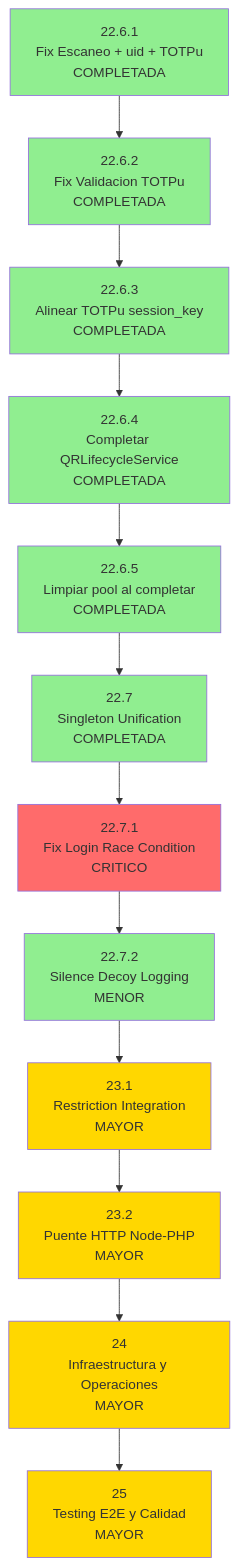
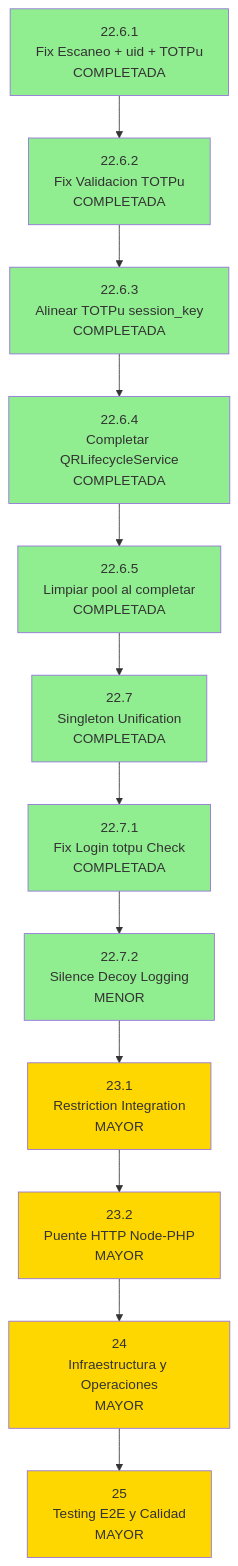
The diagram in ROADMAP.md (Ragnarsss/capstone-backend), drawn with Mermaid before and after one commit. The commit also changed other lines of this file, not shown here.

First line of the commit message:
docs(roadmap): marcar fase 22.7.1 COMPLETADA

````diff
--- a/ROADMAP.md
+++ b/ROADMAP.md
@@ -61,40 +61,40 @@
 ```mermaid
 flowchart TB
     P0[22.6.1<br/>Fix Escaneo + uid + TOTPu<br/>COMPLETADA]
     P1[22.6.2<br/>Fix Validacion TOTPu<br/>COMPLETADA]
     P1_1[22.6.3<br/>Alinear TOTPu session_key<br/>COMPLETADA]
     P1_2[22.6.4<br/>Completar QRLifecycleService<br/>COMPLETADA]
     P1_3[22.6.5<br/>Limpiar pool al completar<br/>COMPLETADA]
     P2[22.7<br/>Singleton Unification<br/>COMPLETADA]
-    P2_1[22.7.1<br/>Fix Login Race Condition<br/>CRITICO]
+    P2_1[22.7.1<br/>Fix Login totpu Check<br/>COMPLETADA]
     P2_2[22.7.2<br/>Silence Decoy Logging<br/>MENOR]
     P3[23.1<br/>Restriction Integration<br/>MAYOR]
     P4[23.2<br/>Puente HTTP Node-PHP<br/>MAYOR]
     P5[24<br/>Infraestructura y Operaciones<br/>MAYOR]
     P6[25<br/>Testing E2E y Calidad<br/>MAYOR]
     
     P0 --> P1
     P1 --> P1_1
     P1_1 --> P1_2
     P1_2 --> P1_3
     P1_3 --> P2
     P2 --> P2_1
     P2_1 --> P2_2
     P2_2 --> P3
     P3 --> P4
     P4 --> P5
     P5 --> P6
 
     style P0 fill:#90EE90
     style P1 fill:#90EE90
     style P1_1 fill:#90EE90
     style P1_2 fill:#90EE90
     style P1_3 fill:#90EE90
     style P2 fill:#90EE90
-    style P2_1 fill:#FF6B6B
+    style P2_1 fill:#90EE90
     style P2_2 fill:#90EE90
     style P3 fill:#FFD700
     style P4 fill:#FFD700
     style P5 fill:#FFD700
     style P6 fill:#FFD700
 ```
````
